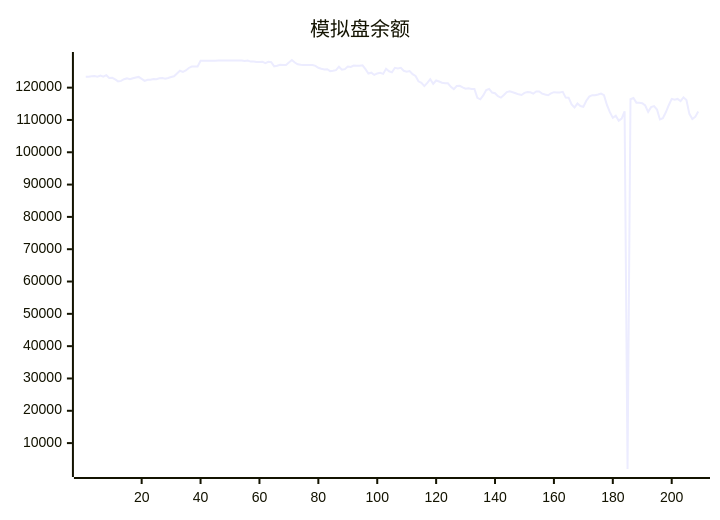
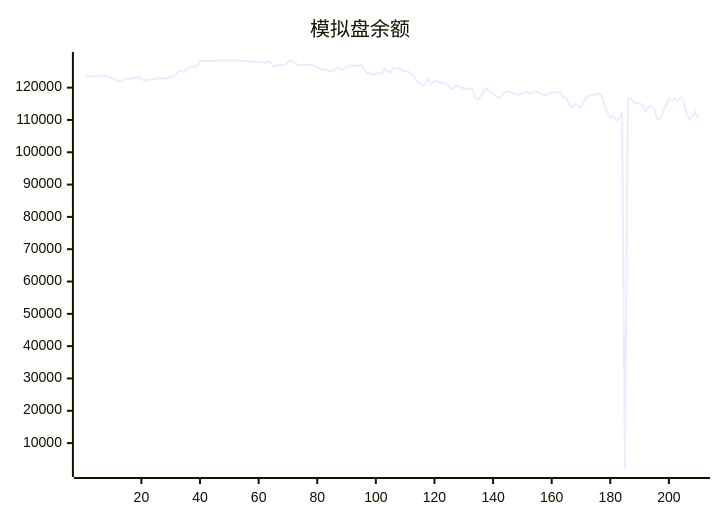
One commit to aahl/ai-trading changed the diagram in README.md. Above: the diagram before and after it, drawn with Mermaid. The commit also changed other lines of this file and 1 other file, not shown here.

````diff
--- a/README.md
+++ b/README.md
@@ -5,5 +5,5 @@
 ```mermaid
 xychart
     title "模拟盘余额"
-    line [123338,123402,123530,123592,123378,123745,123413,123853,123009,123040,122557,121938,122095,122599,122856,122597,122898,123160,123319,122719,122087,122454,122416,122685,122592,122907,122961,122776,122981,123295,123507,124403,125224,124894,125303,126088,126544,126534,126549,128335,128318,128318,128318,128318,128318,128424,128424,128424,128424,128424,128424,128424,128424,128424,128247,128412,128062,128087,127917,127901,128026,127611,128000,127850,126572,126770,127100,126971,127029,127783,128554,127765,127224,127064,127044,127009,127025,127004,126738,126152,125871,125635,125707,125117,125217,125420,126480,125545,125715,126511,126424,126856,126764,126788,126890,125710,124381,124632,123936,124402,124574,124256,125833,125070,124739,126154,125966,126145,125213,124943,125143,124157,123604,121959,121476,120476,121470,122610,121201,122221,121889,121522,121332,121344,120232,119559,120513,120577,120108,119680,119777,119572,119568,116839,116392,117573,119250,119585,118469,118277,117338,116897,117706,118628,118849,118579,118280,117926,117735,118373,118639,118544,118136,118798,118819,118162,117874,117649,118215,118601,118463,118517,118713,116911,116899,114798,113887,115084,114313,114091,115934,117221,117658,117658,117883,118164,117693,114632,112403,110644,111313,109777,110444,112673,1984,116419,116772,115355,115355,115198,114476,112510,113954,114276,113223,110151,110561,112361,114562,116522,116265,116500,115845,117000,116199,111887,110306,110942,112588]
+    line [123338,123402,123530,123592,123378,123745,123413,123853,123009,123040,122557,121938,122095,122599,122856,122597,122898,123160,123319,122719,122087,122454,122416,122685,122592,122907,122961,122776,122981,123295,123507,124403,125224,124894,125303,126088,126544,126534,126549,128335,128318,128318,128318,128318,128318,128424,128424,128424,128424,128424,128424,128424,128424,128424,128247,128412,128062,128087,127917,127901,128026,127611,128000,127850,126572,126770,127100,126971,127029,127783,128554,127765,127224,127064,127044,127009,127025,127004,126738,126152,125871,125635,125707,125117,125217,125420,126480,125545,125715,126511,126424,126856,126764,126788,126890,125710,124381,124632,123936,124402,124574,124256,125833,125070,124739,126154,125966,126145,125213,124943,125143,124157,123604,121959,121476,120476,121470,122610,121201,122221,121889,121522,121332,121344,120232,119559,120513,120577,120108,119680,119777,119572,119568,116839,116392,117573,119250,119585,118469,118277,117338,116897,117706,118628,118849,118579,118280,117926,117735,118373,118639,118544,118136,118798,118819,118162,117874,117649,118215,118601,118463,118517,118713,116911,116899,114798,113887,115084,114313,114091,115934,117221,117658,117658,117883,118164,117693,114632,112403,110644,111313,109777,110444,112673,1984,116419,116772,115355,115355,115198,114476,112510,113954,114276,113223,110151,110561,112361,114562,116522,116265,116500,115845,117000,116199,111887,110306,110942,112588,110318]
 ```
````
